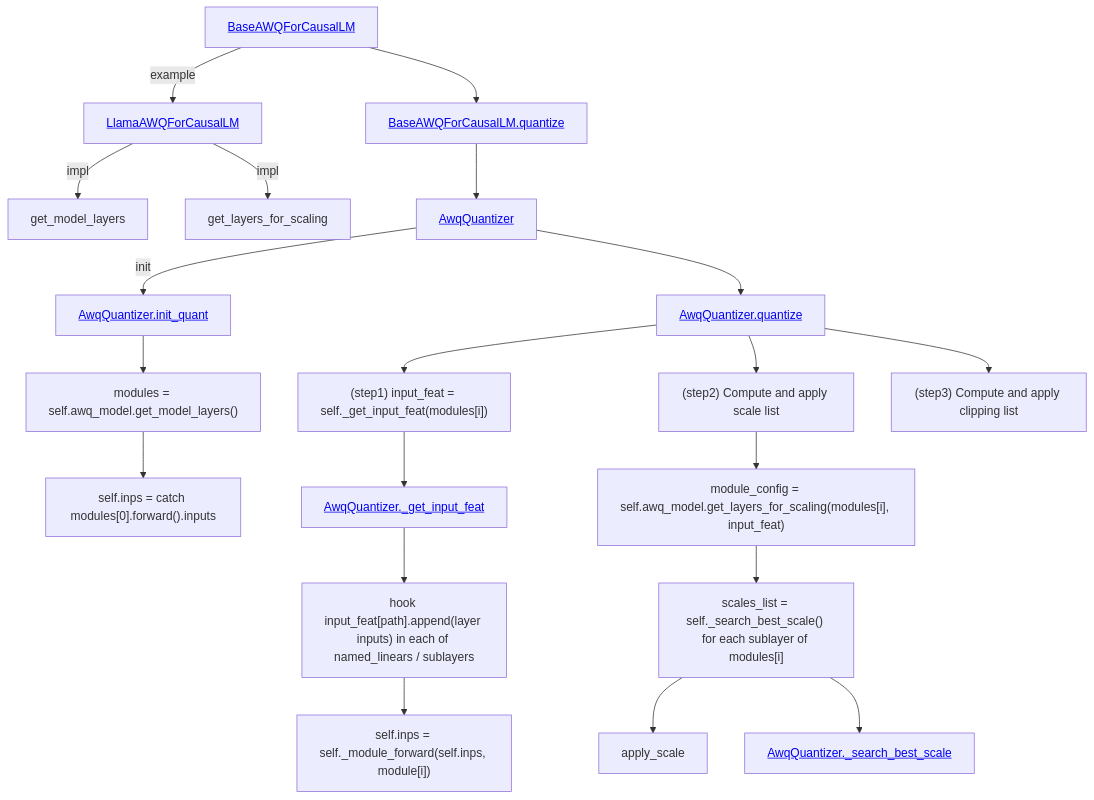
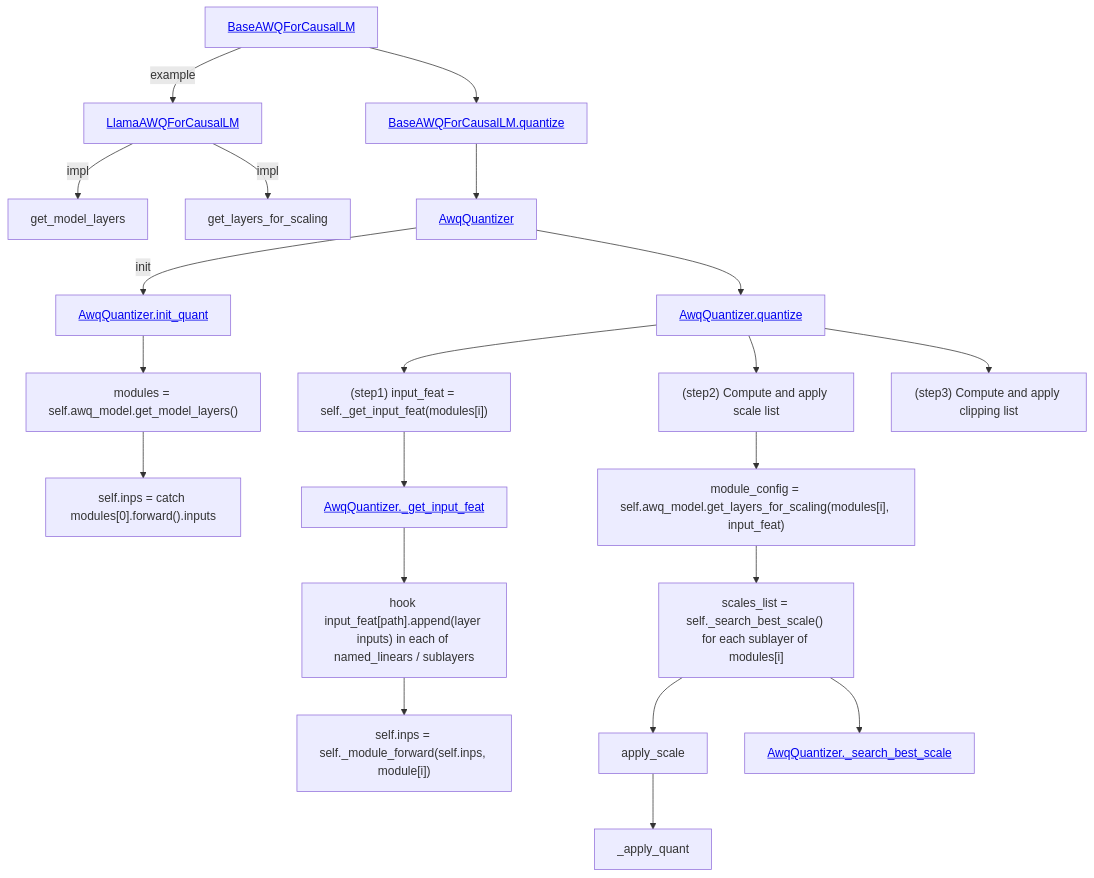
The diagram in README.md (w32zhong/AutoAWQ), drawn with Mermaid before and after one commit.

````diff
--- a/README.md
+++ b/README.md
@@ -2,37 +2,39 @@
 ```mermaid
 graph TD;
     BaseAWQForCausalLM[<a href="https://github.com/w32zhong/AutoAWQ/blob/1c5787f5c44acc2753c0e30e4b59412343cb4a71/awq/models/base.py#L89">BaseAWQForCausalLM</a>]
     LlamaAWQForCausalLM[<a href="https://github.com/w32zhong/AutoAWQ/blob/1c5787f5c44acc2753c0e30e4b59412343cb4a71/awq/models/llama.py#L14">LlamaAWQForCausalLM</a>]
     BaseAWQForCausalLM -->|example| LlamaAWQForCausalLM
     LlamaAWQForCausalLM -->|impl| get_model_layers
     LlamaAWQForCausalLM -->|impl| get_layers_for_scaling
 
     BaseAWQForCausalLM_quantize[<a href="https://github.com/w32zhong/AutoAWQ/blob/1c5787f5c44acc2753c0e30e4b59412343cb4a71/awq/models/base.py#L129">BaseAWQForCausalLM.quantize</a>]
     BaseAWQForCausalLM --> BaseAWQForCausalLM_quantize --> AwqQuantizer
     AwqQuantizer[<a href="https://github.com/w32zhong/AutoAWQ/blob/1c5787f5c44acc2753c0e30e4b59412343cb4a71/awq/quantize/quantizer.py#L27">AwqQuantizer</a>]
     AwqQuantizer -->|init| AwqQuantizer.init_quant
     AwqQuantizer.init_quant[<a href="https://github.com/w32zhong/AutoAWQ/blob/1c5787f5c44acc2753c0e30e4b59412343cb4a71/awq/quantize/quantizer.py#L544">AwqQuantizer.init_quant</a>]
     AwqQuantizer.init_quant --> get_model_layers__call --> first_inp
     get_model_layers__call["modules = self.awq_model.get_model_layers()"]
     first_inp["self.inps = catch modules[0].forward().inputs"]
 
     AwqQuantizer --> AwqQuantizer.quantize
     AwqQuantizer.quantize[<a href="https://github.com/w32zhong/AutoAWQ/blob/1c5787f5c44acc2753c0e30e4b59412343cb4a71/awq/quantize/quantizer.py#L126">AwqQuantizer.quantize</a>]
     AwqQuantizer.quantize --> _get_input_feat__call --> _get_input_feat --> hook_sublayers --> _module_forward 
     _get_input_feat__call["(step1) input_feat = self._get_input_feat(modules[i])"]
     _get_input_feat[<a href="https://github.com/w32zhong/AutoAWQ/blob/1c5787f5c44acc2753c0e30e4b59412343cb4a71/awq/quantize/quantizer.py#L609">AwqQuantizer._get_input_feat</a>]
     hook_sublayers["hook input_feat[path].append(layer inputs) in each of named_linears / sublayers"]
     _module_forward["self.inps = self._module_forward(self.inps, module[i])"]
 
     AwqQuantizer.quantize --> step2
     AwqQuantizer.quantize --> step3
     step2["(step2) Compute and apply scale list"]
     step3["(step3) Compute and apply clipping list"]
 
     step2 --> get_layers_for_scaling_call --> _search_best_scale_call --> apply_scale
     get_layers_for_scaling_call["module_config = self.awq_model.get_layers_for_scaling(modules[i], input_feat)"]
     _search_best_scale_call["scales_list = self._search_best_scale() for each sublayer of modules[i]"]
 
     _search_best_scale[<a href="https://github.com/w32zhong/AutoAWQ/blob/1c5787f5c44acc2753c0e30e4b59412343cb4a71/awq/quantize/quantizer.py#L275">AwqQuantizer._search_best_scale</a>]
     _search_best_scale_call --> _search_best_scale
+
+    apply_scale --> _apply_quant
 ```
````
